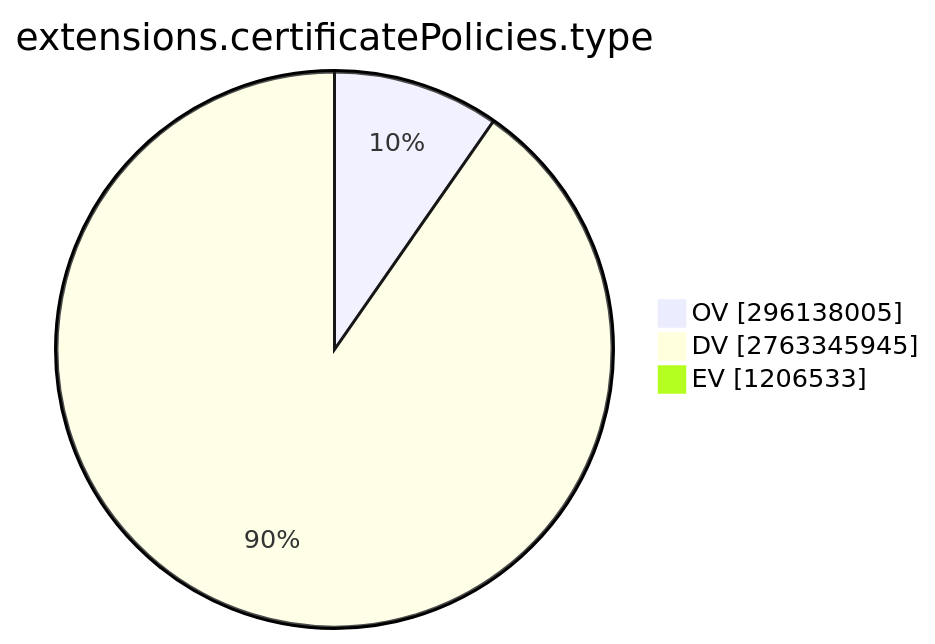
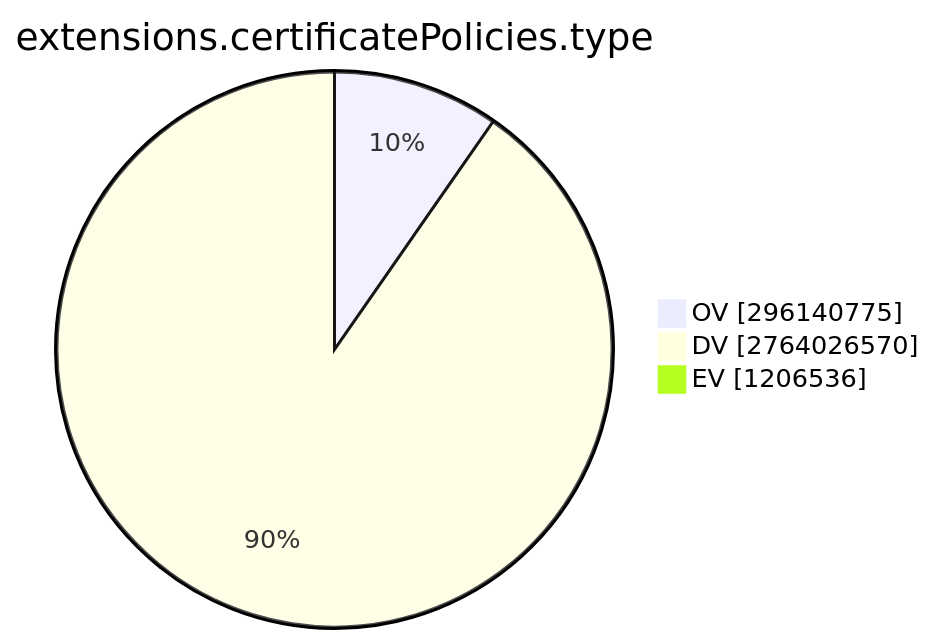
The ninth of 15 diagrams in TOTAL/README.md (christiankrug/ctmonitor_visualization), drawn with Mermaid before and after one commit. The commit also changed other lines of this file, not shown here.

````diff
--- a/TOTAL/README.md
+++ b/TOTAL/README.md
@@ -3099,7 +3099,7 @@
 ```mermaid
 pie showData
 title extensions.certificatePolicies.type
-"OV" :296138005
-"DV" :2763345945
-"EV" :1206533
+"OV" :296140775
+"DV" :2764026570
+"EV" :1206536
 ```
````
